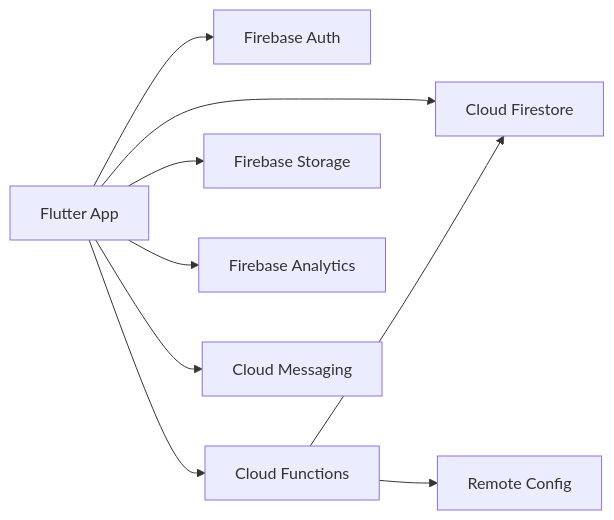
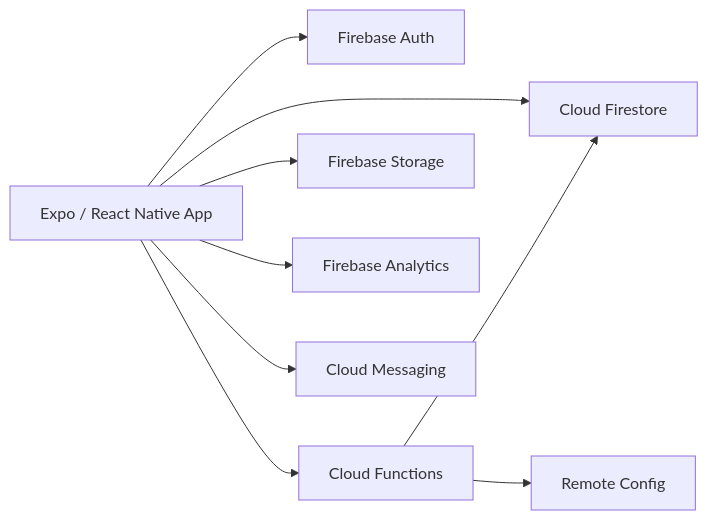
The first of 2 diagrams in ARCHITECTURE.md (harold1094/OpoCompit), drawn with Mermaid before and after one commit. The commit also changed other lines of this file and 40 other files, not shown here.

Commit message:
feat: migrate OpoCompit client to Expo React Native

````diff
--- a/ARCHITECTURE.md
+++ b/ARCHITECTURE.md
@@ -16,11 +13,11 @@
 ```mermaid
 flowchart LR
-  App["Flutter App"] --> Auth["Firebase Auth"]
+  App["Expo / React Native App"] --> Auth["Firebase Auth"]
   App --> Firestore["Cloud Firestore"]
   App --> Functions["Cloud Functions"]
   App --> Storage["Firebase Storage"]
   App --> Analytics["Firebase Analytics"]
   App --> FCM["Cloud Messaging"]
   Functions --> Firestore
   Functions --> RemoteConfig["Remote Config"]
 ```
````
